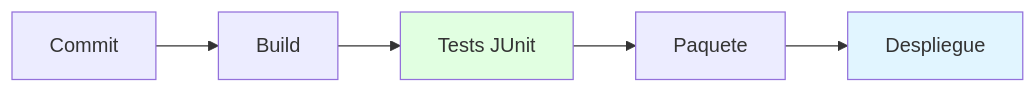
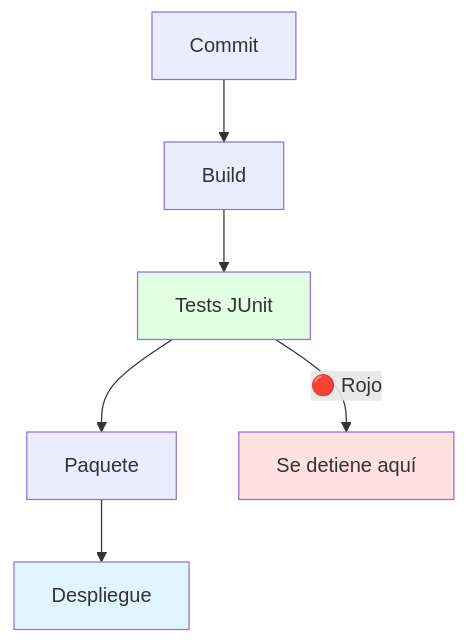
One commit to Fsteven22/Notas-ESPOL changed the first of 3 diagrams in src/site/notes/Universidad/3er Semestre/Diseño de Software/Unidad 5 - Pruebas unitarias/03 - Entrega continua y DevOps.md. Above: the diagram before and after it, drawn with Mermaid. The commit also changed other lines of this file and 271 other files, not shown here.

````diff
--- a/src/site/notes/Universidad/3er Semestre/Diseño de Software/Unidad 5 - Pruebas unitarias/03 - Entrega continua y DevOps.md
+++ b/src/site/notes/Universidad/3er Semestre/Diseño de Software/Unidad 5 - Pruebas unitarias/03 - Entrega continua y DevOps.md
@@ -27,10 +31,13 @@
 ```mermaid
-graph LR
-    C[Commit] --> B[Build]
+graph TB
+    A[Commit] --> B[Build]
     B --> T[Tests JUnit]
     T --> P[Paquete]
     P --> D[Despliegue]
 
+    T -->|🔴 Rojo| X[Se detiene aquí]
+
     style T fill:#e1ffe1
     style D fill:#e1f5ff
+    style X fill:#ffe1e1
 ```
````
